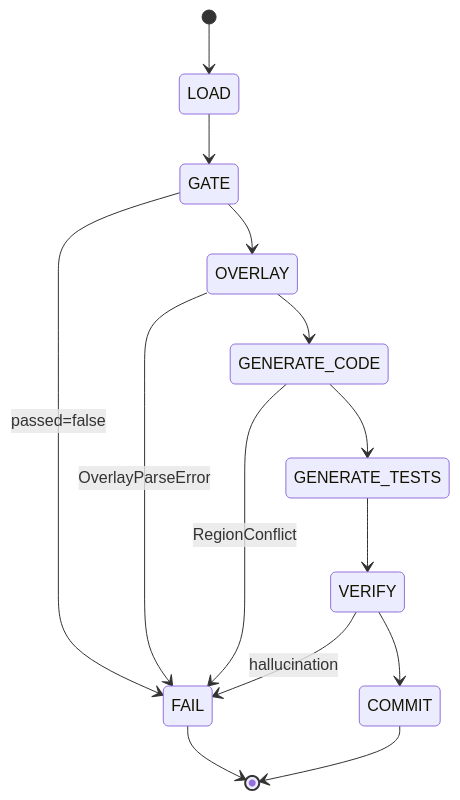
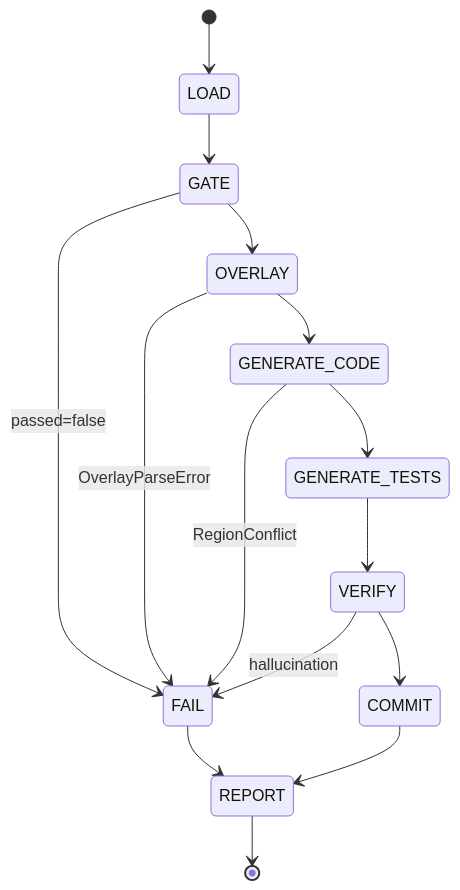
One commit to leocamello/spec-kit-v-model changed the third of 3 diagrams in specs/007-bridge-commands/v-model/module-design.md. Above: the diagram before and after it, drawn with Mermaid. The commit also changed other lines of this file and 3 other files, not shown here.

````diff
--- a/specs/007-bridge-commands/v-model/module-design.md
+++ b/specs/007-bridge-commands/v-model/module-design.md
@@ -430,16 +430,17 @@
 ```mermaid
 stateDiagram-v2
     [*] --> LOAD
     LOAD --> GATE
     GATE --> FAIL : passed=false
     GATE --> OVERLAY
     OVERLAY --> FAIL : OverlayParseError
     OVERLAY --> GENERATE_CODE
     GENERATE_CODE --> FAIL : RegionConflict
     GENERATE_CODE --> GENERATE_TESTS
     GENERATE_TESTS --> VERIFY
     VERIFY --> FAIL : hallucination
     VERIFY --> COMMIT
-    COMMIT --> [*]
-    FAIL --> [*]
+    COMMIT --> REPORT
+    FAIL --> REPORT
+    REPORT --> [*]
 ```
````
